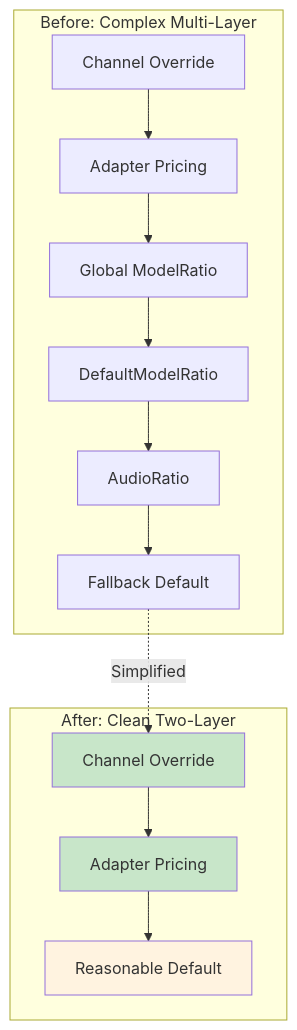
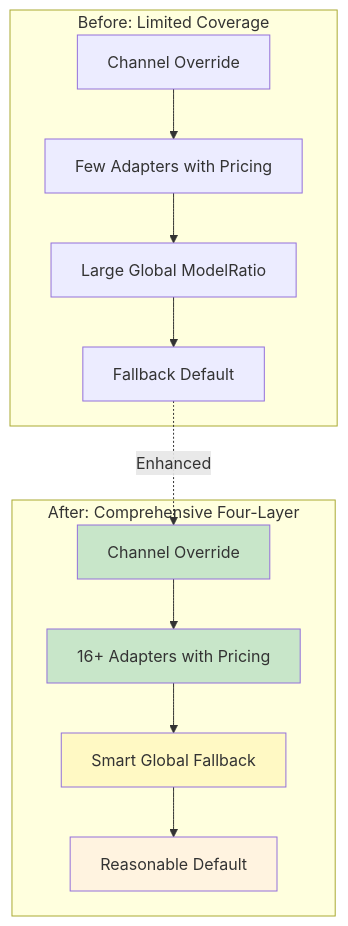
One commit to maru7777/one-api changed the ninth of 9 diagrams in docs/arch/billing.md. Above: the diagram before and after it, drawn with Mermaid. The commit also changed other lines of this file and 1 other file, not shown here.

Commit message:
test: enhance pricing models for Ali and Gemini adapters with updated ratios

````diff
--- a/docs/arch/billing.md
+++ b/docs/arch/billing.md
@@ -945,21 +963,21 @@
 ```mermaid
 graph TD
-    subgraph "Before: Complex Multi-Layer"
-        C1[Channel Override] --> C2[Adapter Pricing]
-        C2 --> C3[Global ModelRatio]
-        C3 --> C4[DefaultModelRatio]
-        C4 --> C5[AudioRatio]
-        C5 --> C6[Fallback Default]
+    subgraph "Before: Limited Coverage"
+        C1[Channel Override] --> C2[Few Adapters with Pricing]
+        C2 --> C3[Large Global ModelRatio]
+        C3 --> C4[Fallback Default]
     end
 
-    subgraph "After: Clean Two-Layer"
-        A1[Channel Override] --> A2[Adapter Pricing]
-        A2 --> A3[Reasonable Default]
+    subgraph "After: Comprehensive Four-Layer"
+        A1[Channel Override] --> A2[16+ Adapters with Pricing]
+        A2 --> A3[Smart Global Fallback]
+        A3 --> A4[Reasonable Default]
     end
 
-    C6 -.->|Simplified| A1
+    C4 -.->|Enhanced| A1
 
     style A1 fill:#c8e6c9
     style A2 fill:#c8e6c9
-    style A3 fill:#fff3e0
+    style A3 fill:#fff9c4
+    style A4 fill:#fff3e0
 ```
````
